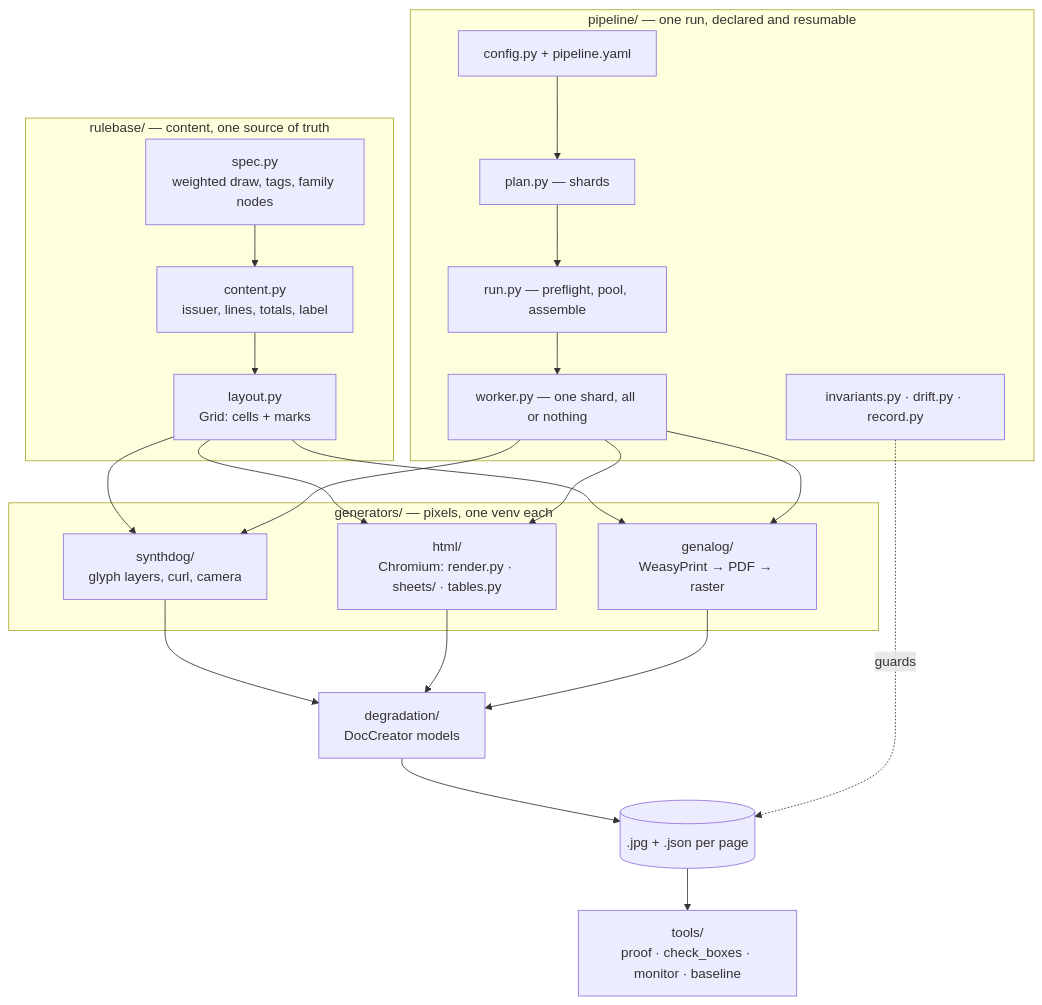
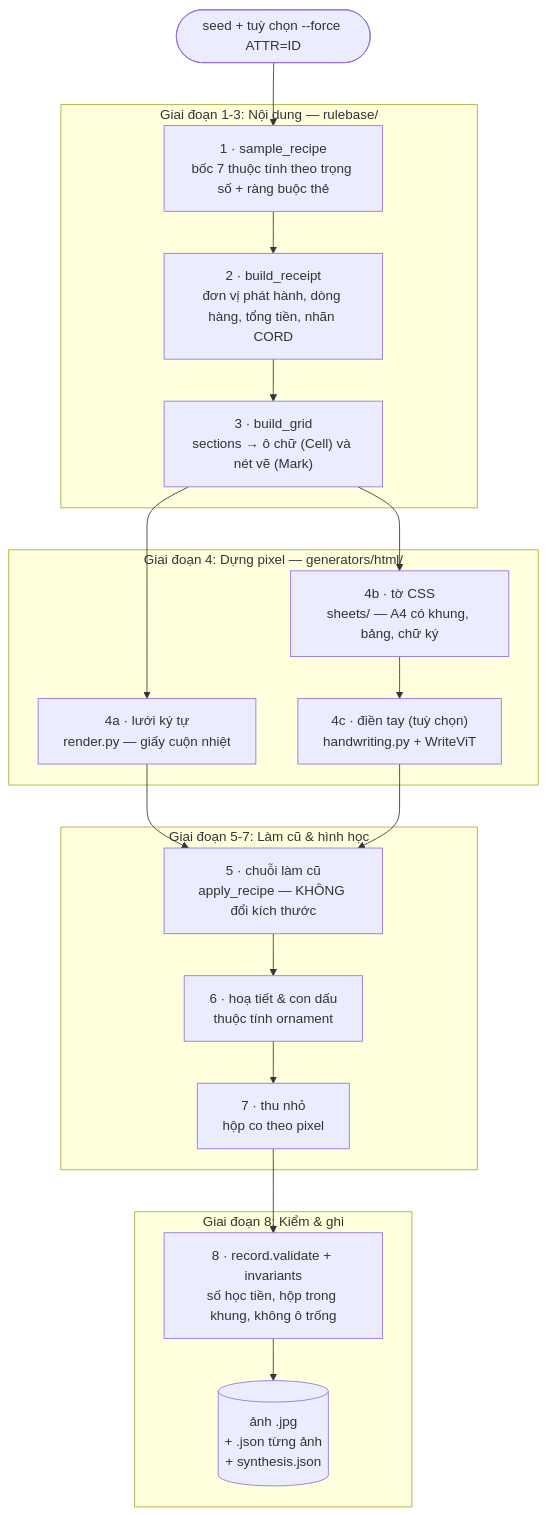
One commit to LinhPhuong14/vlm-ocr-synthetic changed the first of 5 diagrams in README.md. Above: the diagram before and after it, drawn with Mermaid. The commit also changed other lines of this file and 1 other file, not shown here.

````diff
--- a/README.md
+++ b/README.md
@@ -97,32 +66,28 @@
 ```mermaid
 flowchart TD
-    subgraph rulebase["rulebase/ — content, one source of truth"]
-        S["spec.py<br/>weighted draw, tags, family nodes"]
-        C["content.py<br/>issuer, lines, totals, label"]
-        L["layout.py<br/>Grid: cells + marks"]
+    seed(["seed + tuỳ chọn --force ATTR=ID"]) --> A
+
+    subgraph S1 ["Giai đoạn 1-3: Nội dung — rulebase/"]
+        A["1 · sample_recipe<br/>bốc 7 thuộc tính theo trọng số + ràng buộc thẻ"]
+        A --> B["2 · build_receipt<br/>đơn vị phát hành, dòng hàng, tổng tiền, nhãn CORD"]
+        B --> C["3 · build_grid<br/>sections → ô chữ (Cell) và nét vẽ (Mark)"]
     end
 
-    subgraph backends["generators/ — pixels, one venv each"]
-        R1["synthdog/<br/>glyph layers, curl, camera"]
-        R2["html/<br/>Chromium: render.py · sheets/ · tables.py"]
-        R3["genalog/<br/>WeasyPrint → PDF → raster"]
+    subgraph S2 ["Giai đoạn 4: Dựng pixel — generators/html/"]
+        C --> D1["4a · lưới ký tự<br/>render.py — giấy cuộn nhiệt"]
+        C --> D2["4b · tờ CSS<br/>sheets/ — A4 có khung, bảng, chữ ký"]
+        D2 --> D3["4c · điền tay (tuỳ chọn)<br/>handwriting.py + WriteViT"]
     end
 
-    subgraph orch["pipeline/ — one run, declared and resumable"]
-        CF["config.py + pipeline.yaml"]
-        PL["plan.py — shards"]
-        WK["worker.py — one shard, all or nothing"]
-        RN["run.py — preflight, pool, assemble"]
-        IV["invariants.py · drift.py · record.py"]
+    subgraph S3 ["Giai đoạn 5-7: Làm cũ & hình học"]
+        D1 --> E["5 · chuỗi làm cũ<br/>apply_recipe — KHÔNG đổi kích thước"]
+        D3 --> E
+        E --> F["6 · hoạ tiết & con dấu<br/>thuộc tính ornament"]
+        F --> G["7 · thu nhỏ<br/>hộp co theo pixel"]
     end
 
-    D["degradation/<br/>DocCreator models"]
-    O[(".jpg + .json per page")]
-
-    S --> C --> L
-    L --> R1 & R2 & R3
-    R1 & R2 & R3 --> D --> O
-    CF --> PL --> RN --> WK --> R1 & R2 & R3
-    IV -.guards.-> O
-    O --> T["tools/<br/>proof · check_boxes · monitor · baseline"]
+    subgraph S4 ["Giai đoạn 8: Kiểm & ghi"]
+        G --> H["8 · record.validate + invariants<br/>số học tiền, hộp trong khung, không ô trống"]
+        H --> O[("ảnh .jpg<br/>+ .json từng ảnh<br/>+ synthesis.json")]
+    end
 ```
````
